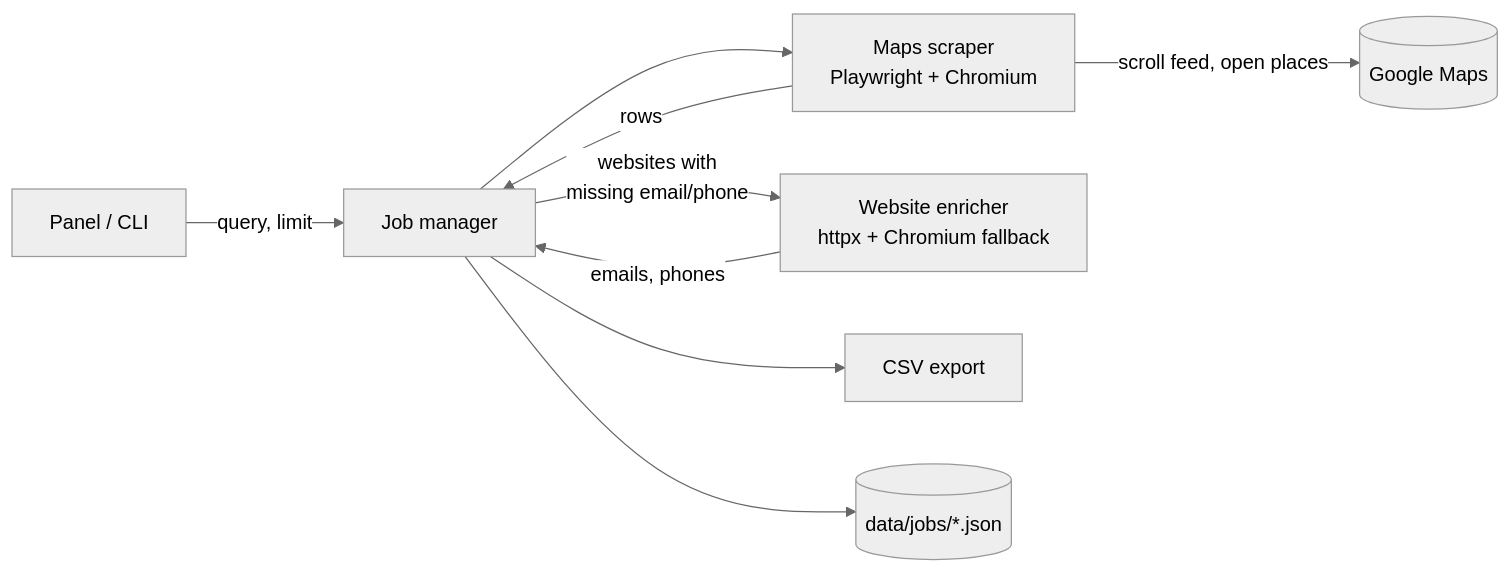
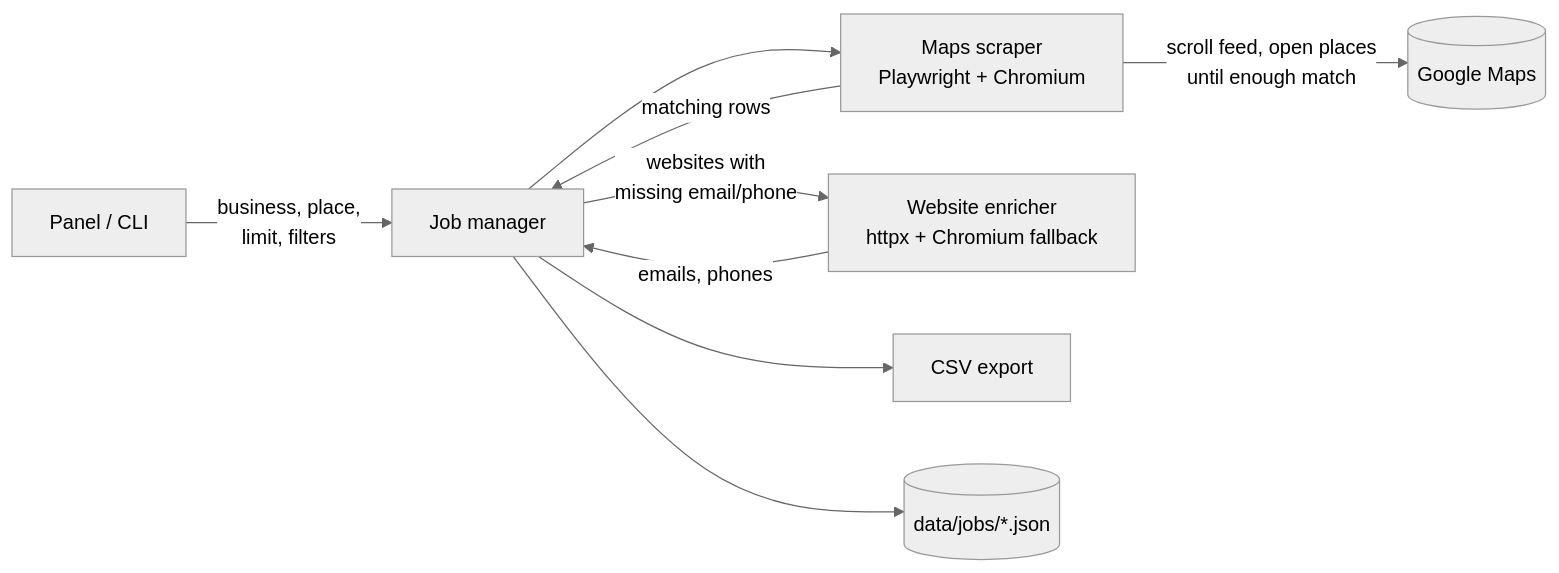
One commit to wandringspirit/leadspilot-engine changed the diagram in README.md. Above: the diagram before and after it, drawn with Mermaid (neutral theme). The commit also changed other lines of this file and 31 other files, not shown here.

First line of the commit message:
Search by business + place with website / contact filters (v1.2.0)

````diff
--- a/README.md
+++ b/README.md
@@ -120,11 +146,11 @@
 ```mermaid
 flowchart LR
-    U[Panel / CLI] -->|query, limit| J[Job manager]
+    U[Panel / CLI] -->|business, place,<br/>limit, filters| J[Job manager]
     J --> S[Maps scraper<br/>Playwright + Chromium]
-    S -->|scroll feed, open places| G[(Google Maps)]
-    S -->|rows| J
+    S -->|scroll feed, open places<br/>until enough match| G[(Google Maps)]
+    S -->|matching rows| J
     J -->|websites with<br/>missing email/phone| E[Website enricher<br/>httpx + Chromium fallback]
     E -->|emails, phones| J
     J --> C[CSV export]
     J --> D[(data/jobs/*.json)]
 ```
````
